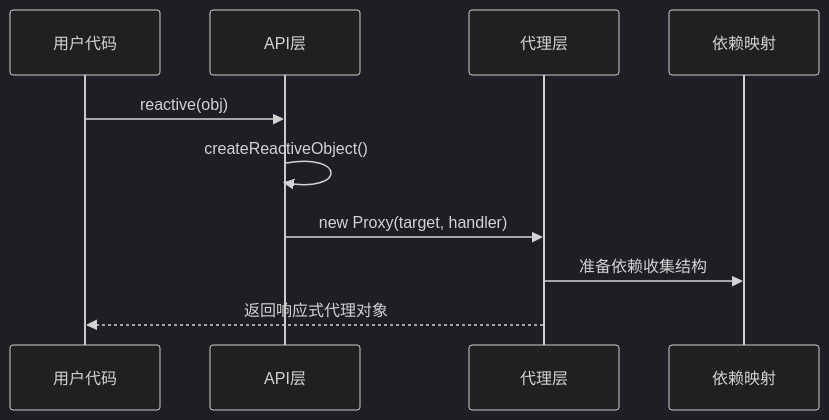
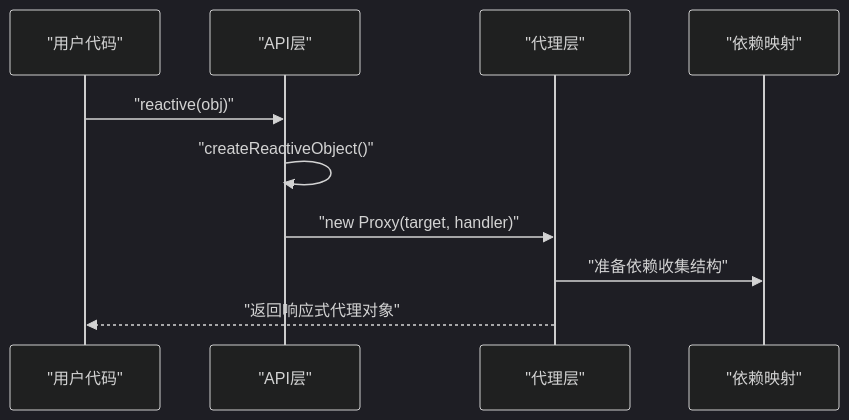
One commit to JZH189/vue3 changed the second of 4 diagrams in analysis/Vue3响应式系统架构分析与流程图.md. Above: the diagram before and after it, drawn with Mermaid (dark theme). The commit also changed other lines of this file and 1 other file, not shown here.

````diff
--- a/analysis/Vue3响应式系统架构分析与流程图.md
+++ b/analysis/Vue3响应式系统架构分析与流程图.md
@@ -81,13 +81,13 @@
 ```mermaid
 sequenceDiagram
-    participant User as 用户代码
-    participant API as API层
-    participant Proxy as 代理层
-    participant TargetMap as 依赖映射
+    participant User as "用户代码"
+    participant API as "API层"
+    participant Proxy as "代理层"
+    participant TargetMap as "依赖映射"
 
-    User->>API: reactive(obj)
-    API->>API: createReactiveObject()
-    API->>Proxy: new Proxy(target, handler)
-    Proxy->>TargetMap: 准备依赖收集结构
-    Proxy-->>User: 返回响应式代理对象
+    User->>API: "reactive(obj)"
+    API->>API: "createReactiveObject()"
+    API->>Proxy: "new Proxy(target, handler)"
+    Proxy->>TargetMap: "准备依赖收集结构"
+    Proxy-->>User: "返回响应式代理对象"
 ```
````
